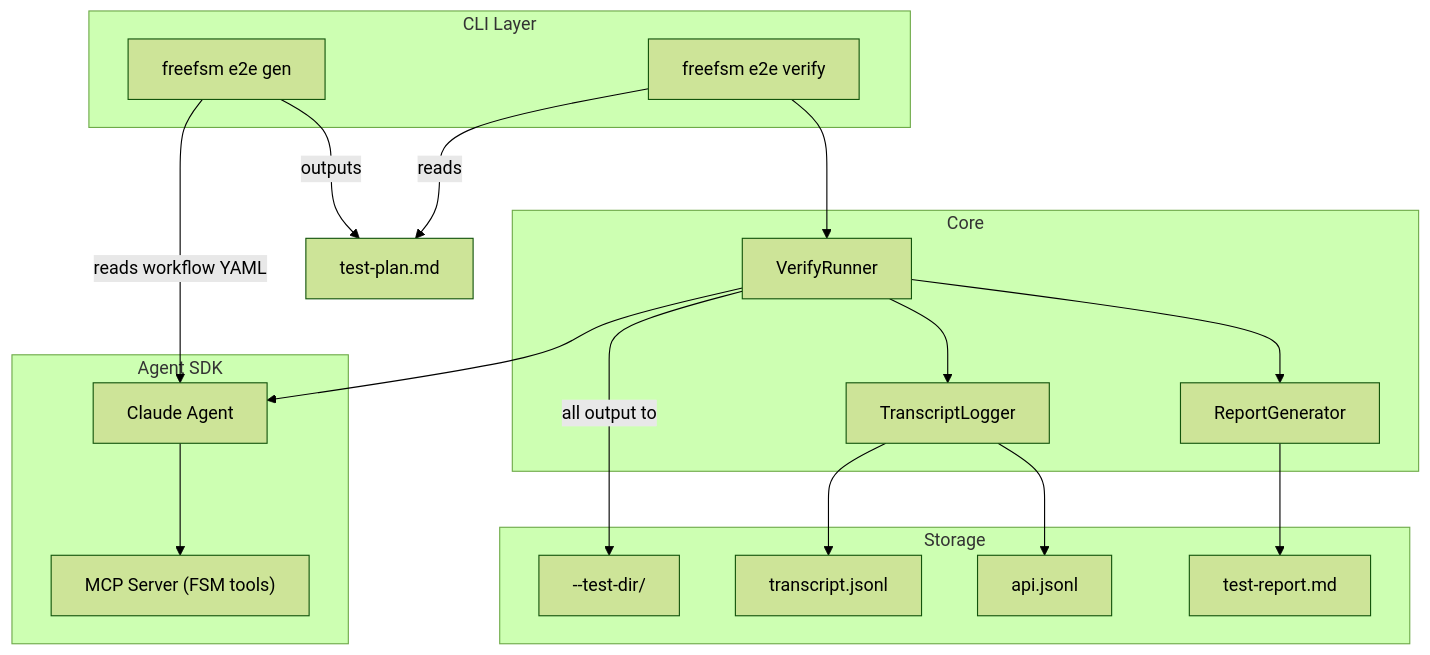
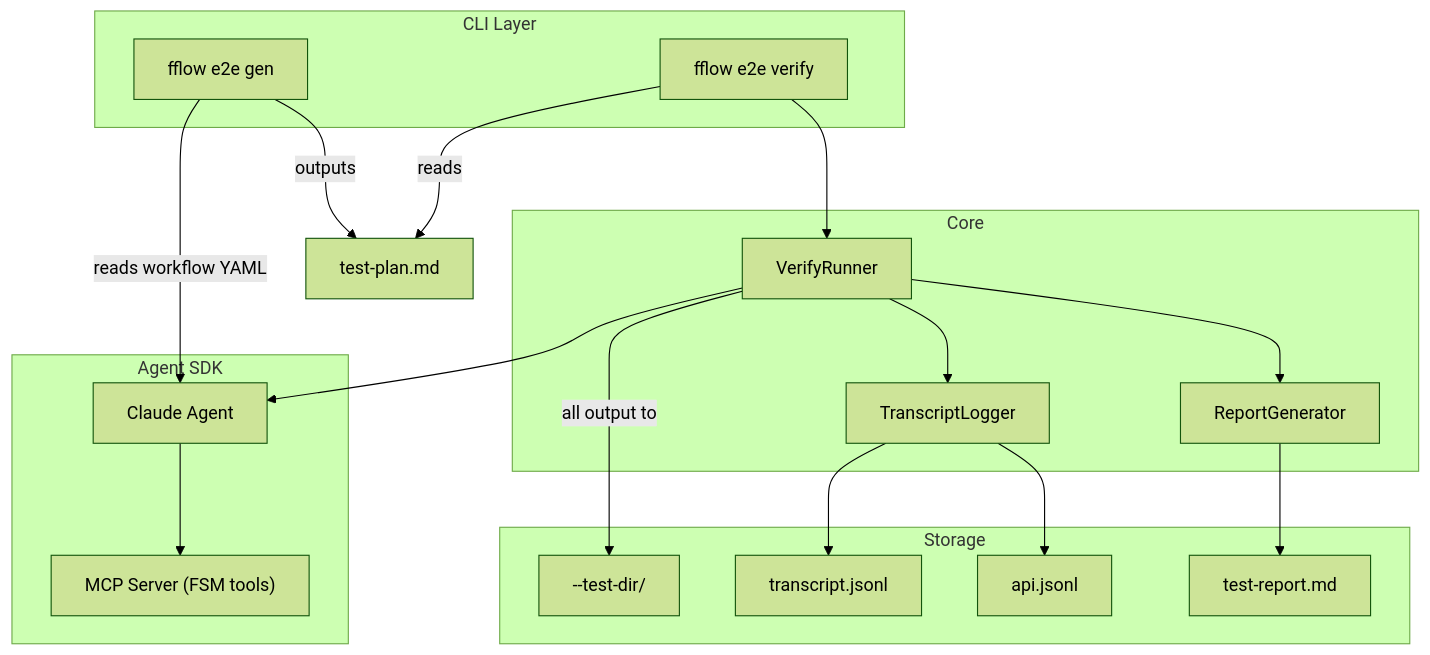
The diagram in specs/e2e-testability-freefsm/design.md (freematters/freematters), drawn with Mermaid (forest theme) before and after one commit. The commit also changed other lines of this file and 20 other files, not shown here.

````diff
--- a/specs/e2e-testability-freefsm/design.md
+++ b/specs/e2e-testability-freefsm/design.md
@@ -31,40 +31,40 @@
 ```mermaid
 graph TB
     subgraph "CLI Layer"
-        GEN["freefsm e2e gen"]
-        VERIFY["freefsm e2e verify"]
+        GEN["fflow e2e gen"]
+        VERIFY["fflow e2e verify"]
     end
 
     subgraph "Core"
         RUNNER["VerifyRunner"]
         LOGGER["TranscriptLogger"]
         REPORTER["ReportGenerator"]
     end
 
     subgraph "Agent SDK"
         AGENT["Claude Agent"]
         MCP["MCP Server (FSM tools)"]
     end
 
     subgraph "Storage"
         TESTDIR["--test-dir/"]
         TRANSCRIPT["transcript.jsonl"]
         APIJSONL["api.jsonl"]
         REPORT["test-report.md"]
     end
 
     GEN -->|"reads workflow YAML"| AGENT
     GEN -->|"outputs"| TESTPLAN["test-plan.md"]
 
     VERIFY -->|"reads"| TESTPLAN
     VERIFY --> RUNNER
     RUNNER --> AGENT
     AGENT --> MCP
     RUNNER --> LOGGER
     LOGGER --> TRANSCRIPT
     LOGGER --> APIJSONL
     RUNNER --> REPORTER
     REPORTER --> REPORT
 
     RUNNER -->|"all output to"| TESTDIR
 ```
````
